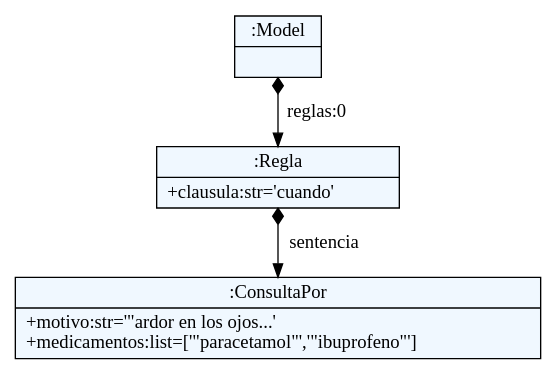
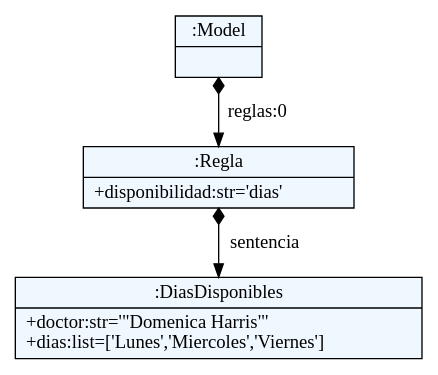
Before and after one commit to Patrick-beep-ui/KURE: the diagram in dsl/ast.dot, drawn with Graphviz. The commit also changed 8 other files, not shown here.

Commit message:
DiasDisponibles rule save and validation

```diff
--- a/dsl/ast.dot
+++ b/dsl/ast.dot
@@ -1,20 +1,20 @@
 
     digraph textX {
     fontname = "Bitstream Vera Sans"
     fontsize = 8
     node[
         shape=record,
         style=filled,
         fillcolor=aliceblue
     ]
     nodesep = 0.3
     edge[dir=black,arrowtail=empty]
 
 
-1596756318480 -> 1596756318624 [label="reglas:0" arrowtail=diamond dir=both]
-1596756318624 -> 1596756318720 [label="sentencia" arrowtail=diamond dir=both]
-1596756318720[label="{:ConsultaPor|+motivo:str='\"ardor en los ojos\...'\l+medicamentos:list=['\"paracetamol\"','\"ibuprofeno\"']\l}"]
-1596756318624[label="{:Regla|+clausula:str='cuando'\l}"]
-1596756318480[label="{:Model|}"]
+2333639581312 -> 2333639581264 [label="reglas:0" arrowtail=diamond dir=both]
+2333639581264 -> 2333639581024 [label="sentencia" arrowtail=diamond dir=both]
+2333639581024[label="{:DiasDisponibles|+doctor:str='\"Domenica Harris\"'\l+dias:list=['Lunes','Miercoles','Viernes']\l}"]
+2333639581264[label="{:Regla|+disponibilidad:str='dias'\l}"]
+2333639581312[label="{:Model|}"]
 
 }
```
